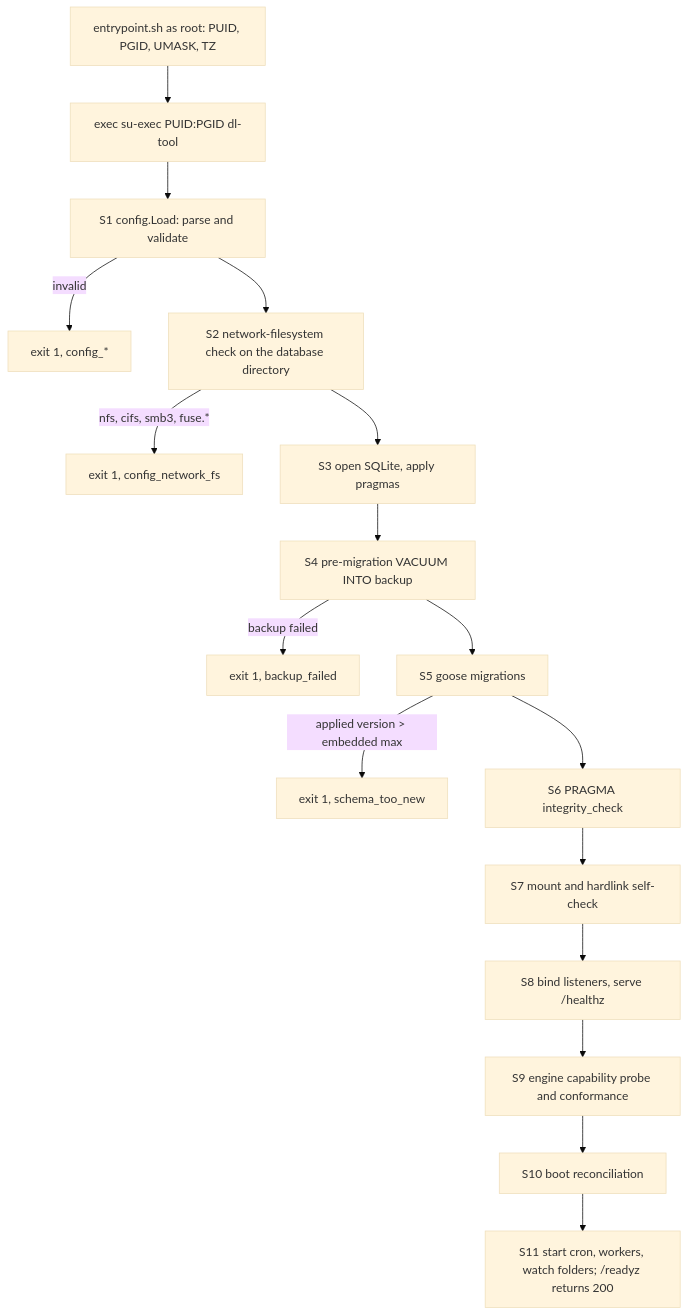
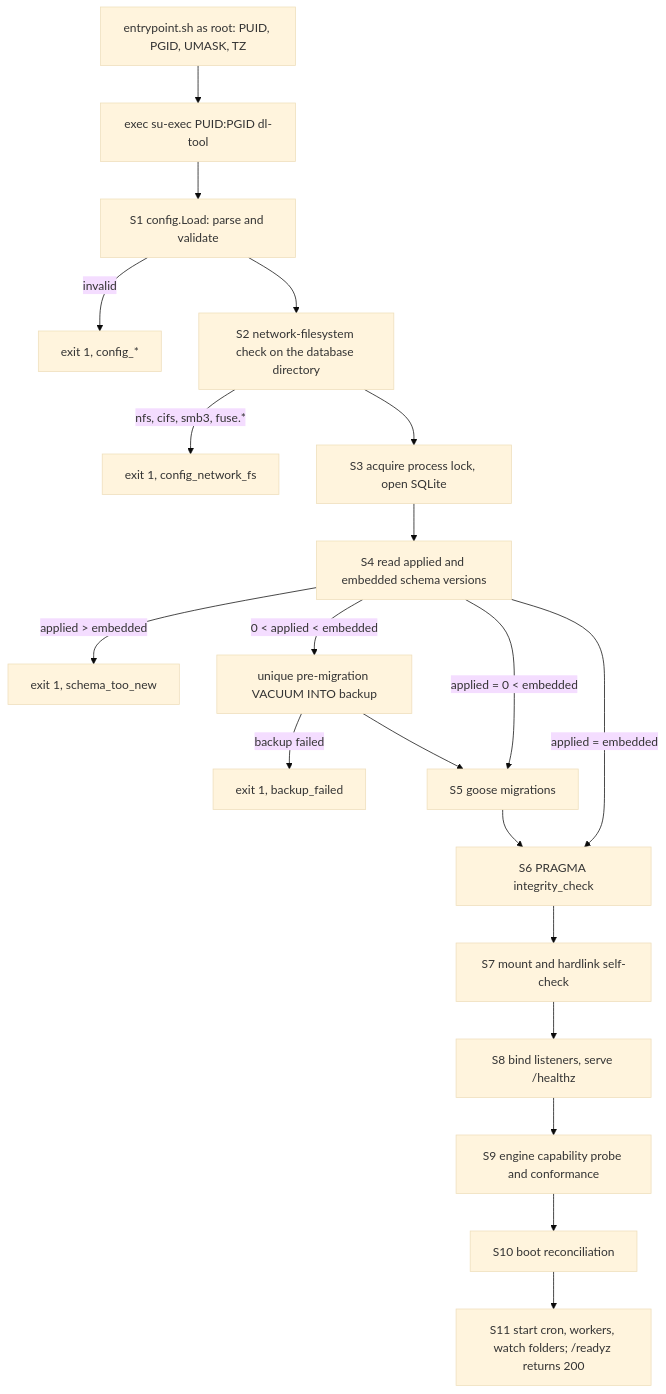
One commit to L-K-M/dl-tool changed the diagram in docs/17-operations-and-runbook.md. Above: the diagram before and after it, drawn with Mermaid (base theme). The commit also changed other lines of this file and 3 other files, not shown here.

````diff
--- a/docs/17-operations-and-runbook.md
+++ b/docs/17-operations-and-runbook.md
@@ -37,19 +37,22 @@
 ```mermaid
 flowchart TD
   A["entrypoint.sh as root: PUID, PGID, UMASK, TZ"] --> B["exec su-exec PUID:PGID dl-tool"]
   B --> C["S1 config.Load: parse and validate"]
   C -->|invalid| X1["exit 1, config_*"]
   C --> D["S2 network-filesystem check on the database directory"]
   D -->|"nfs, cifs, smb3, fuse.*"| X2["exit 1, config_network_fs"]
-  D --> E["S3 open SQLite, apply pragmas"]
-  E --> F["S4 pre-migration VACUUM INTO backup"]
-  F -->|backup failed| X3["exit 1, backup_failed"]
-  F --> G["S5 goose migrations"]
-  G -->|"applied version > embedded max"| X4["exit 1, schema_too_new"]
+  D --> E["S3 acquire process lock, open SQLite"]
+  E --> F["S4 read applied and embedded schema versions"]
+  F -->|"applied > embedded"| X4["exit 1, schema_too_new"]
+  F -->|"0 < applied < embedded"| P["unique pre-migration VACUUM INTO backup"]
+  P -->|backup failed| X3["exit 1, backup_failed"]
+  P --> G["S5 goose migrations"]
+  F -->|"applied = 0 < embedded"| G
+  F -->|"applied = embedded"| H["S6 PRAGMA integrity_check"]
   G --> H["S6 PRAGMA integrity_check"]
   H --> I["S7 mount and hardlink self-check"]
   I --> J["S8 bind listeners, serve /healthz"]
   J --> K["S9 engine capability probe and conformance"]
   K --> L["S10 boot reconciliation"]
   L --> M["S11 start cron, workers, watch folders; /readyz returns 200"]
 ```
````
